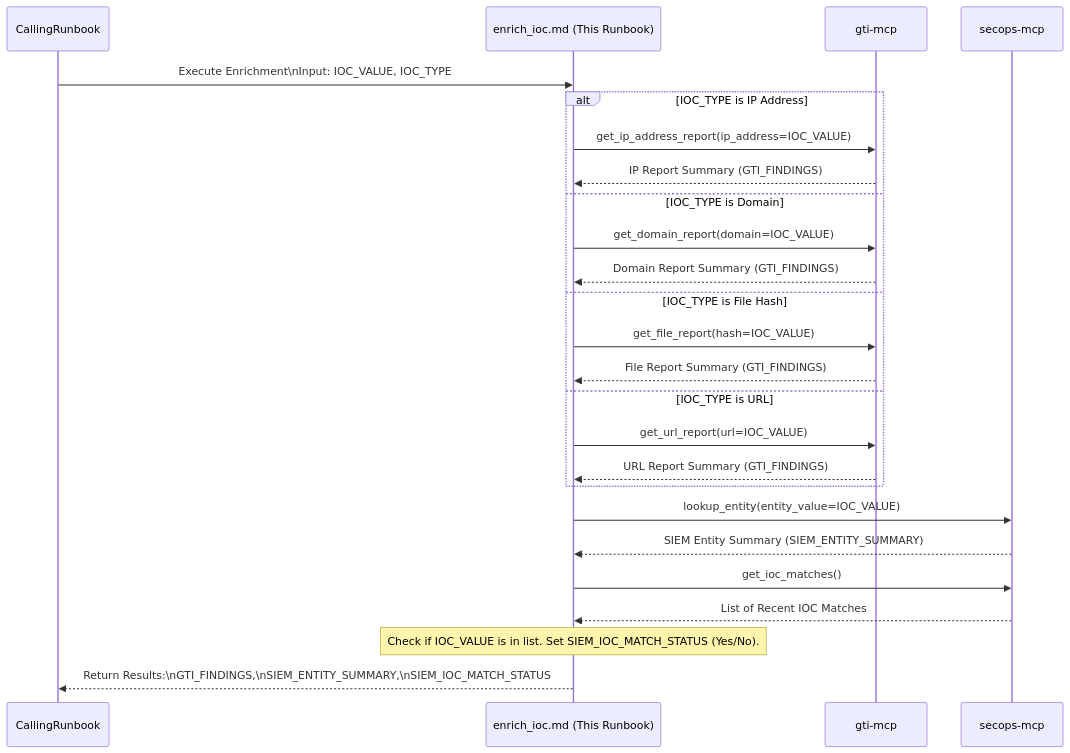
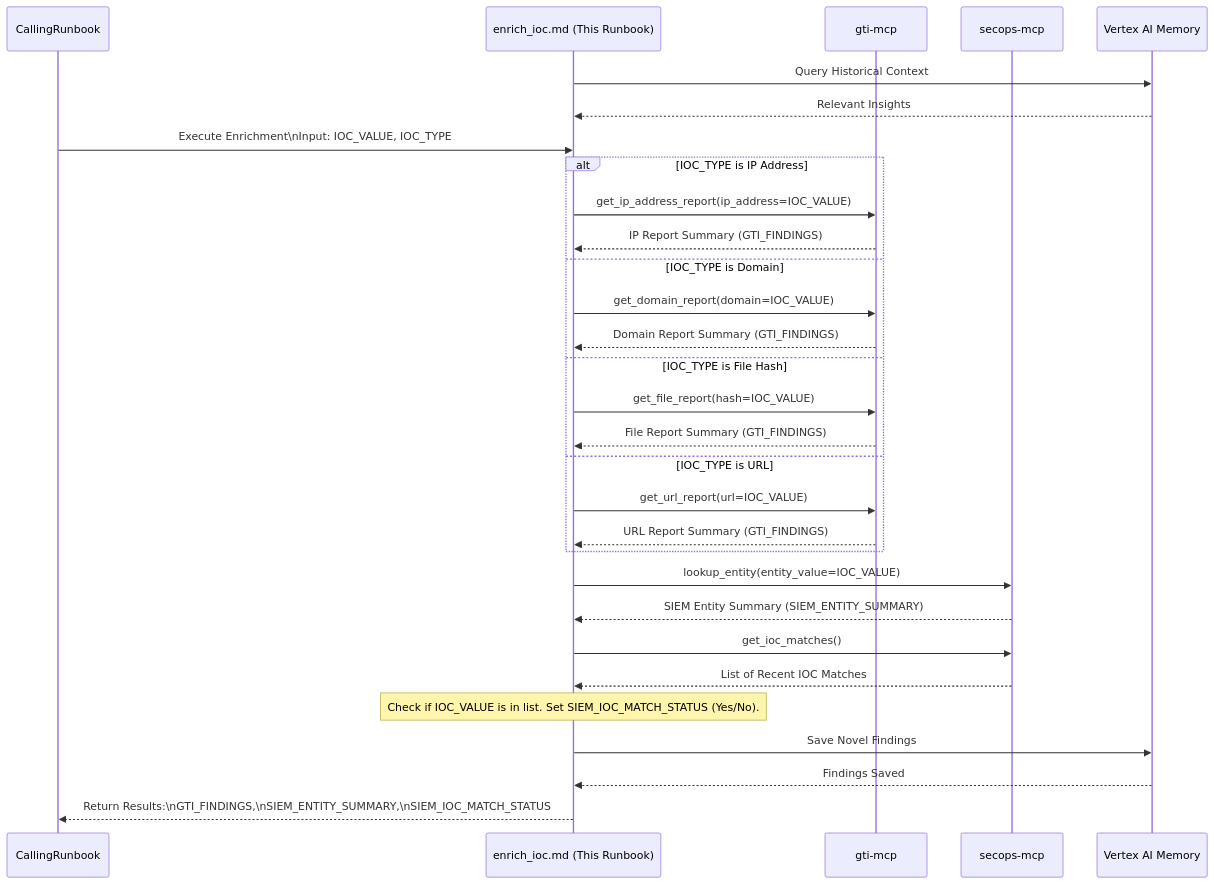
The diagram in rules-bank/run_books/common_steps/enrich_ioc.md (dandye/adk_runbooks), drawn with Mermaid before and after one commit. The commit also changed other lines of this file and 125 other files, not shown here.

````diff
--- a/rules-bank/run_books/common_steps/enrich_ioc.md
+++ b/rules-bank/run_books/common_steps/enrich_ioc.md
@@ -43,37 +45,46 @@
 ```{mermaid}
 sequenceDiagram
     participant CallingRunbook
     participant EnrichIOC as enrich_ioc.md (This Runbook)
     participant GTI as gti-mcp
     participant SIEM as secops-mcp
+    participant Memory as Vertex AI Memory
 
+
+    %% Step: Query Memory Context
+    EnrichIOC->>Memory: Query Historical Context
+    Memory-->>EnrichIOC: Relevant Insights
     CallingRunbook->>EnrichIOC: Execute Enrichment\nInput: IOC_VALUE, IOC_TYPE
 
     %% Step 2: GTI Enrichment
     alt IOC_TYPE is IP Address
         EnrichIOC->>GTI: get_ip_address_report(ip_address=IOC_VALUE)
         GTI-->>EnrichIOC: IP Report Summary (GTI_FINDINGS)
     else IOC_TYPE is Domain
         EnrichIOC->>GTI: get_domain_report(domain=IOC_VALUE)
         GTI-->>EnrichIOC: Domain Report Summary (GTI_FINDINGS)
     else IOC_TYPE is File Hash
         EnrichIOC->>GTI: get_file_report(hash=IOC_VALUE)
         GTI-->>EnrichIOC: File Report Summary (GTI_FINDINGS)
     else IOC_TYPE is URL
         EnrichIOC->>GTI: get_url_report(url=IOC_VALUE)
         GTI-->>EnrichIOC: URL Report Summary (GTI_FINDINGS)
     end
 
     %% Step 3: SIEM Entity Lookup
     EnrichIOC->>SIEM: lookup_entity(entity_value=IOC_VALUE)
     SIEM-->>EnrichIOC: SIEM Entity Summary (SIEM_ENTITY_SUMMARY)
 
     %% Step 4: SIEM IOC Match Check
     EnrichIOC->>SIEM: get_ioc_matches()
     SIEM-->>EnrichIOC: List of Recent IOC Matches
     Note over EnrichIOC: Check if IOC_VALUE is in list. Set SIEM_IOC_MATCH_STATUS (Yes/No).
 
     %% Step 5: Return Results
+
+    %% Step: Save Findings to Memory
+    EnrichIOC->>Memory: Save Novel Findings
+    Memory-->>EnrichIOC: Findings Saved
     EnrichIOC-->>CallingRunbook: Return Results:\nGTI_FINDINGS,\nSIEM_ENTITY_SUMMARY,\nSIEM_IOC_MATCH_STATUS
 
 ```
````
